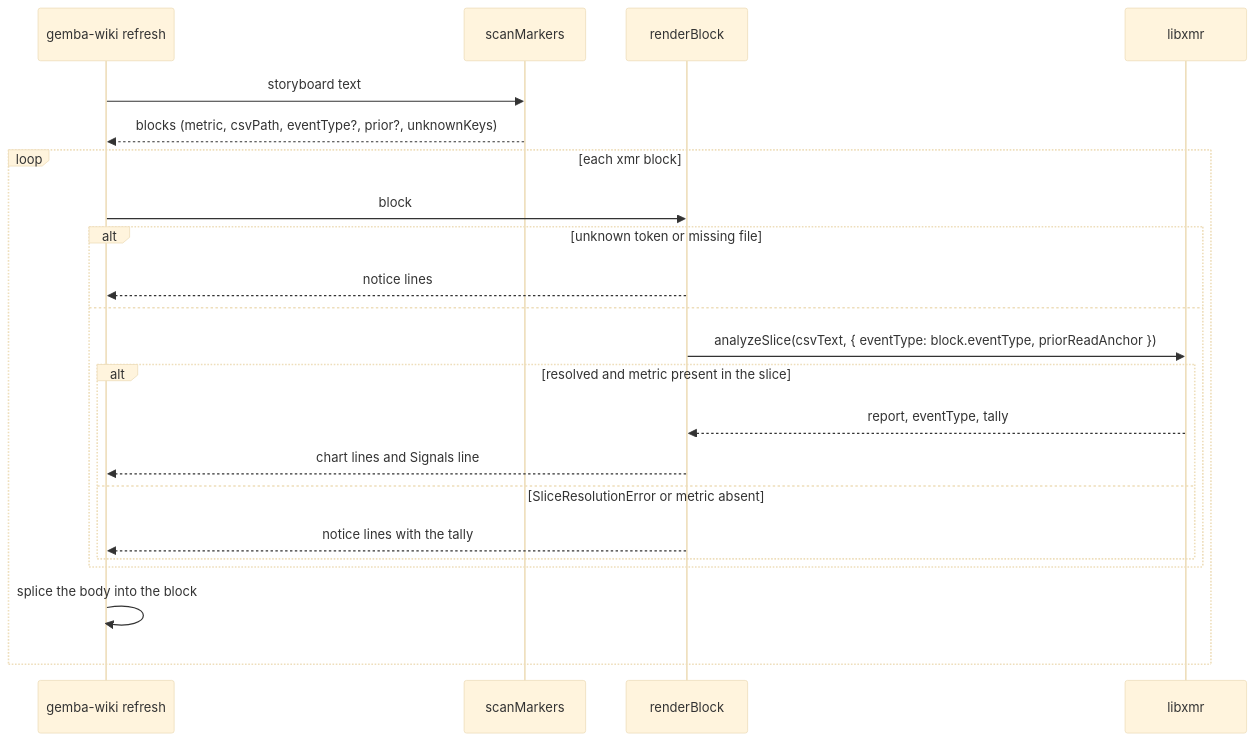
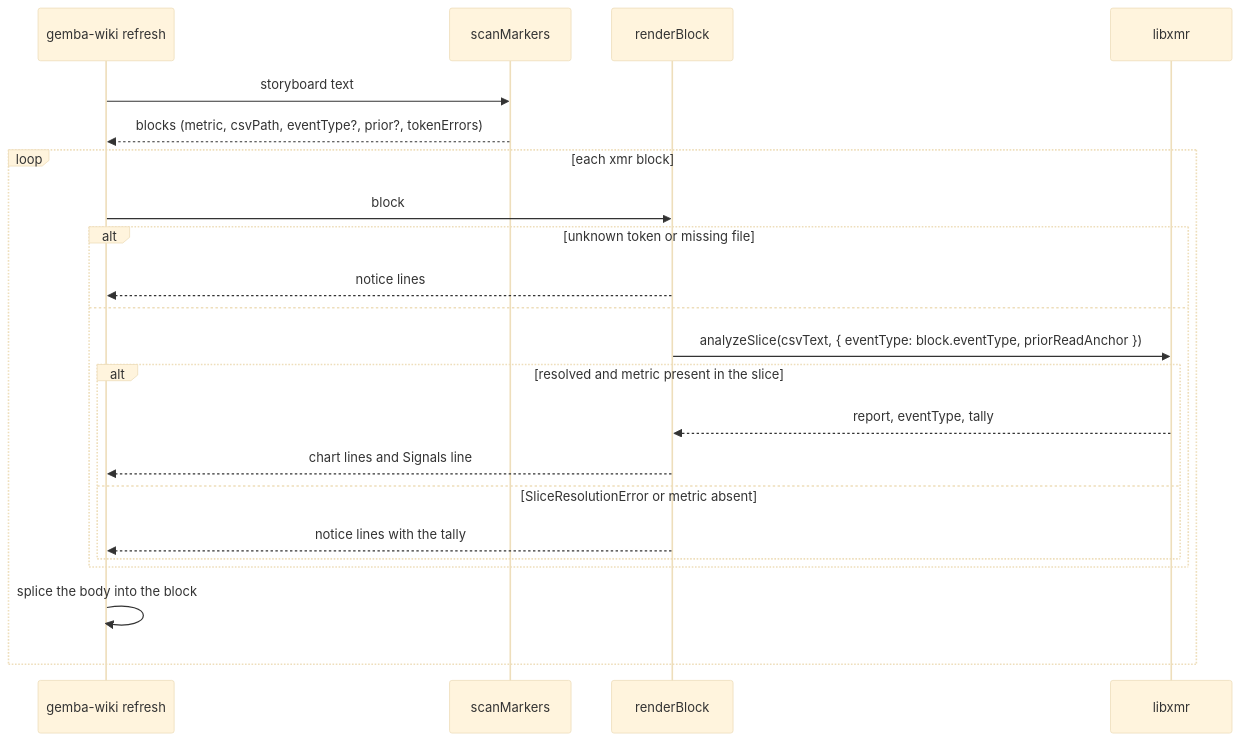
The second of 2 diagrams in specs/2370-xmr-slice-contract/design-a.md (forwardimpact/monorepo), drawn with Mermaid (base theme) before and after one commit. The commit also changed other lines of this file and 6 other files, not shown here.

````diff
--- a/specs/2370-xmr-slice-contract/design-a.md
+++ b/specs/2370-xmr-slice-contract/design-a.md
@@ -65,24 +65,24 @@
 ```mermaid
 sequenceDiagram
     participant R as gemba-wiki refresh
     participant S as scanMarkers
     participant B as renderBlock
     participant X as libxmr
     R->>S: storyboard text
-    S-->>R: blocks (metric, csvPath, eventType?, prior?, unknownKeys)
+    S-->>R: blocks (metric, csvPath, eventType?, prior?, tokenErrors)
     loop each xmr block
         R->>B: block
         alt unknown token or missing file
             B-->>R: notice lines
         else
             B->>X: analyzeSlice(csvText, { eventType: block.eventType, priorReadAnchor })
             alt resolved and metric present in the slice
                 X-->>B: report, eventType, tally
                 B-->>R: chart lines and Signals line
             else SliceResolutionError or metric absent
                 B-->>R: notice lines with the tally
             end
         end
         R->>R: splice the body into the block
     end
 ```
````
